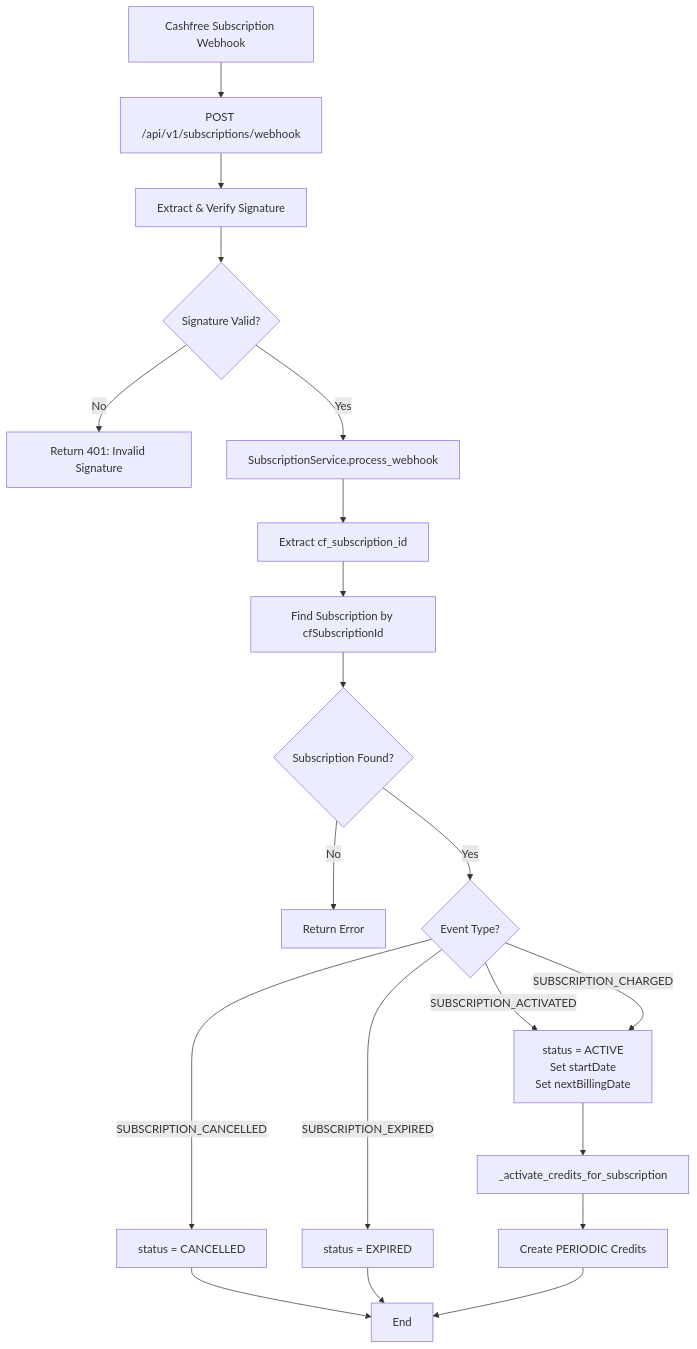
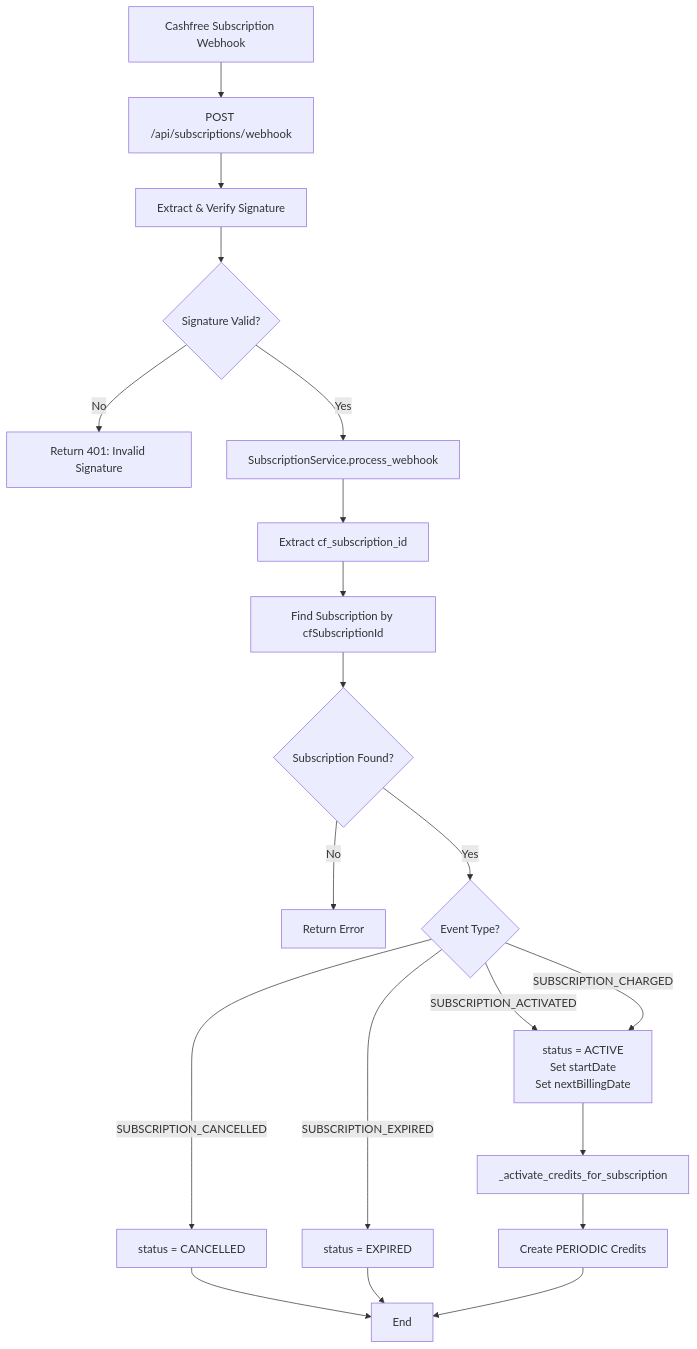
One commit to Grosint/backend changed the seventh of 7 diagrams in PAYMENT_FLOW_DIAGRAM.md. Above: the diagram before and after it, drawn with Mermaid. The commit also changed other lines of this file and 8 other files, not shown here.

````diff
--- a/PAYMENT_FLOW_DIAGRAM.md
+++ b/PAYMENT_FLOW_DIAGRAM.md
@@ -317,26 +317,26 @@
 ```mermaid
 flowchart TD
-    A[Cashfree Subscription Webhook] --> B[POST /api/v1/subscriptions/webhook]
+    A[Cashfree Subscription Webhook] --> B[POST /api/subscriptions/webhook]
     B --> C[Extract & Verify Signature]
     C --> D{Signature Valid?}
     D -->|No| E[Return 401: Invalid Signature]
     D -->|Yes| F[SubscriptionService.process_webhook]
 
     F --> G[Extract cf_subscription_id]
     G --> H[Find Subscription by cfSubscriptionId]
     H --> I{Subscription Found?}
     I -->|No| J[Return Error]
     I -->|Yes| K{Event Type?}
 
     K -->|SUBSCRIPTION_ACTIVATED| L[status = ACTIVE<br/>Set startDate<br/>Set nextBillingDate]
     K -->|SUBSCRIPTION_CHARGED| L
     K -->|SUBSCRIPTION_CANCELLED| M[status = CANCELLED]
     K -->|SUBSCRIPTION_EXPIRED| N[status = EXPIRED]
 
     L --> O[_activate_credits_for_subscription]
     M --> P[End]
     N --> P
 
     O --> Q[Create PERIODIC Credits]
     Q --> P
 ```
````
